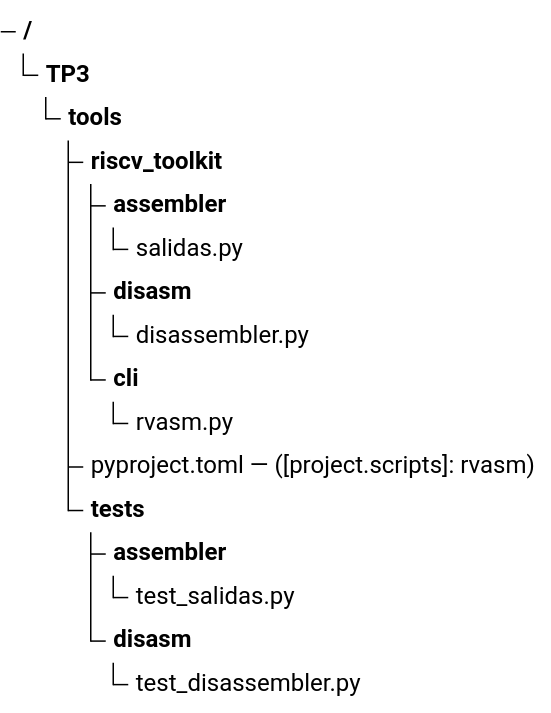
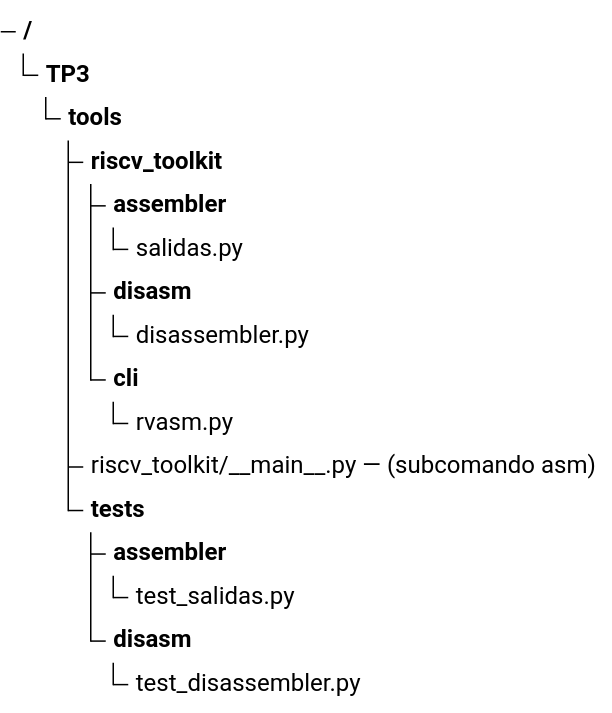
The ninth of 47 diagrams in docs/PRD-pipeline-riscv.md (nicopinera/tps-arqui), drawn with Mermaid before and after one commit. The commit also changed other lines of this file and 8 other files, not shown here.

````diff
--- a/docs/PRD-pipeline-riscv.md
+++ b/docs/PRD-pipeline-riscv.md
@@ -780,18 +780,18 @@
 ```mermaid
 treeView-beta
     "TP3/"
         "tools/"
             "riscv_toolkit/"
                 "assembler/"
                     "salidas.py"
                 "disasm/"
                     "disassembler.py"
                 "cli/"
                     "rvasm.py"
-            "pyproject.toml — ([project.scripts]: rvasm)"
+            "riscv_toolkit/__main__.py — (subcomando asm)"
             "tests/"
                 "assembler/"
                     "test_salidas.py"
                 "disasm/"
                     "test_disassembler.py"
 ```
````
